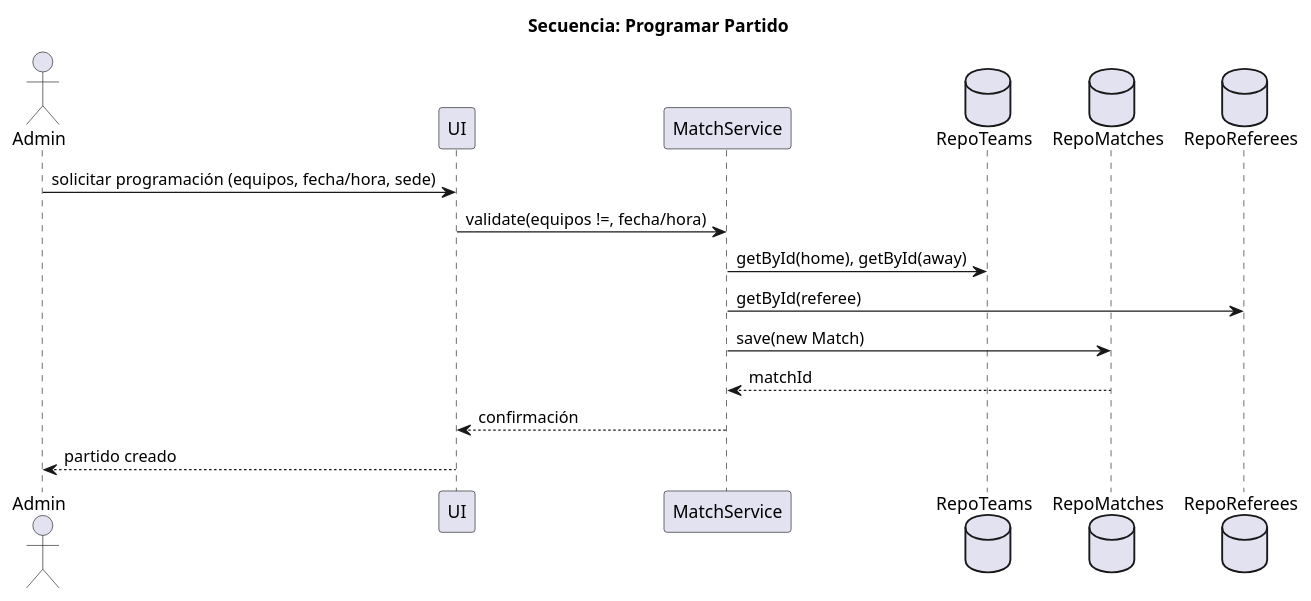
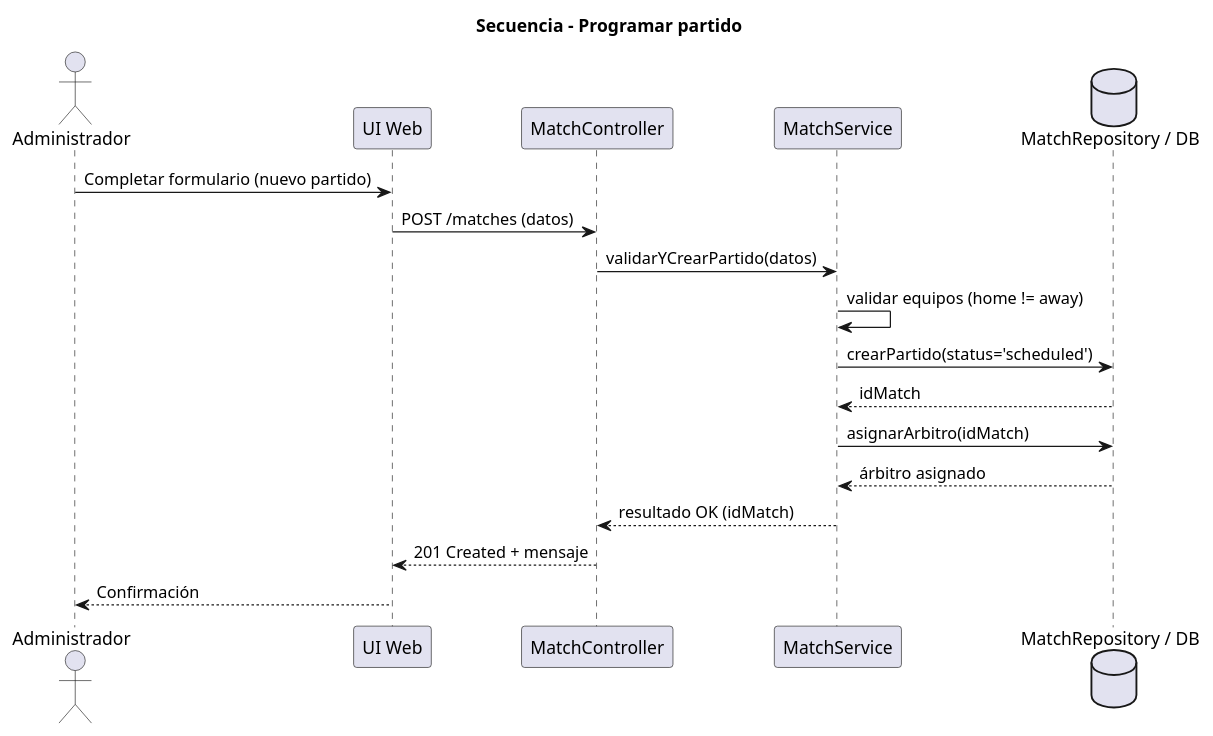
One commit to Cfabiola25/siget changed the diagram in modeling-and-docs/uml/src/sequence_programar_partido.puml. Above: the diagram before and after it, drawn with PlantUML. The commit also changed 30 other files, not shown here.

First line of the commit message:
Refactor SIGET documentation and UML diagrams

```diff
--- a/modeling-and-docs/uml/src/sequence_programar_partido.puml
+++ b/modeling-and-docs/uml/src/sequence_programar_partido.puml
@@ -1,18 +1,25 @@
 @startuml
-title Secuencia: Programar Partido
-actor Admin
-participant UI
-participant "MatchService" as S
-database "RepoTeams" as RT
-database "RepoMatches" as RM
-database "RepoReferees" as RR
+title Secuencia – Programar partido
 
-Admin -> UI: solicitar programación (equipos, fecha/hora, sede)
-UI -> S: validate(equipos !=, fecha/hora)
-S -> RT: getById(home), getById(away)
-S -> RR: getById(referee)
-S -> RM: save(new Match)
-RM --> S: matchId
-S --> UI: confirmación
-UI --> Admin: partido creado
+actor Administrador
+participant "UI Web" as UI
+participant "MatchController" as Ctrl
+participant "MatchService" as Service
+database "MatchRepository / DB" as Repo
+
+Administrador -> UI: Completar formulario (nuevo partido)
+UI -> Ctrl: POST /matches (datos)
+Ctrl -> Service: validarYCrearPartido(datos)
+
+Service -> Service: validar equipos (home != away)
+Service -> Repo: crearPartido(status='scheduled')
+Repo --> Service: idMatch
+
+Service -> Repo: asignarArbitro(idMatch)
+Repo --> Service: árbitro asignado
+
+Service --> Ctrl: resultado OK (idMatch)
+Ctrl --> UI: 201 Created + mensaje
+UI --> Administrador: Confirmación
+
 @enduml
```
